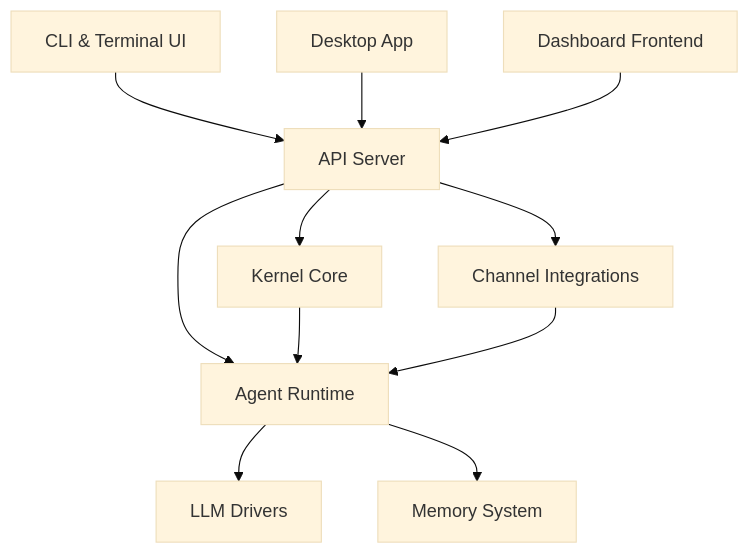
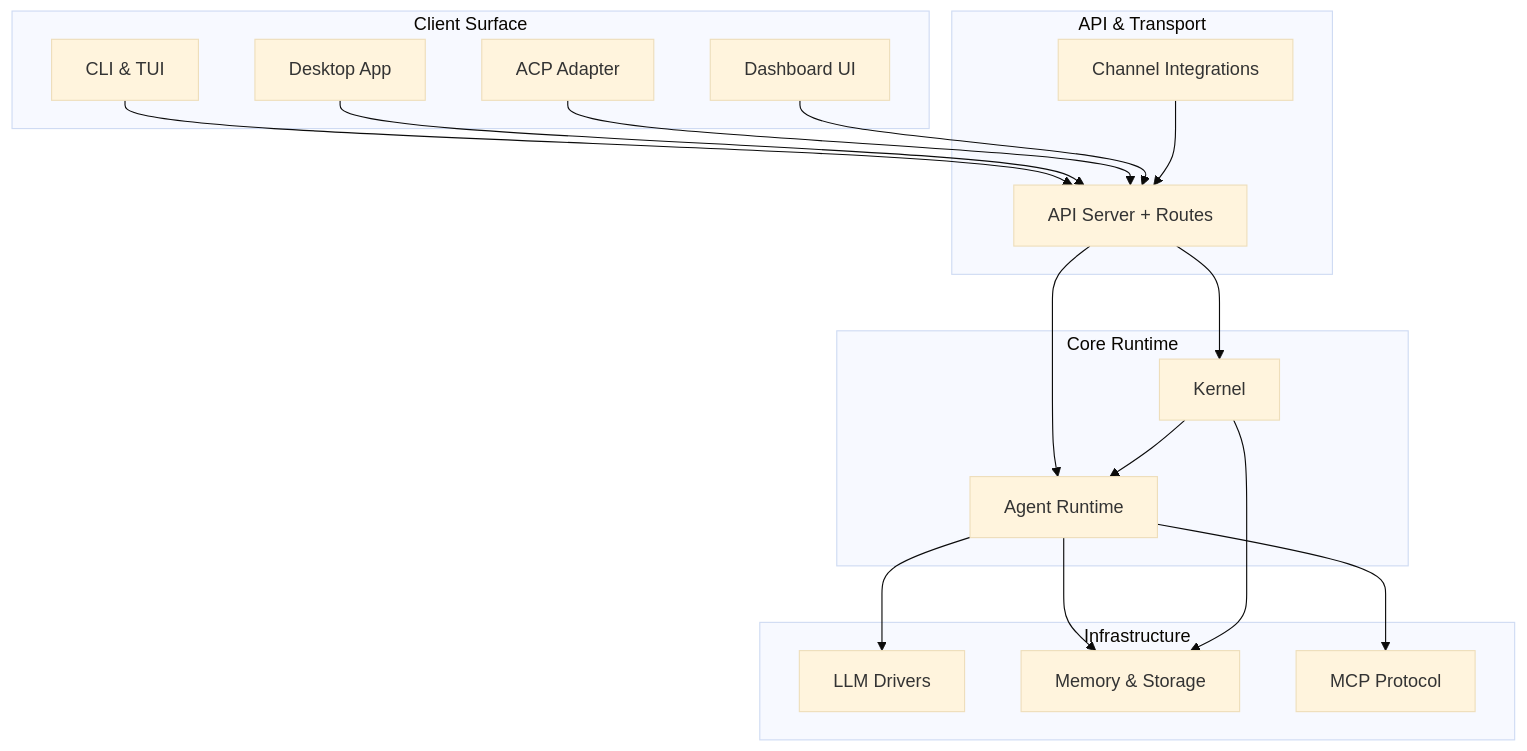
Before and after one commit to leszek3737/librefang-WIki: the diagram in overview.md, drawn with Mermaid (base theme). The commit also changed other lines of this file and 125 other files, not shown here.

````diff
--- a/overview.md
+++ b/overview.md
@@ -13,26 +9,38 @@
 ```mermaid
 graph TD
-    CLI["CLI & Terminal UI"]
-    DESK["Desktop App"]
-    DASH["Dashboard Frontend"]
+    subgraph "Client Surface"
+        CLI["CLI & TUI"]
+        DESK["Desktop App"]
+        ACP["ACP Adapter"]
+        DASH["Dashboard UI"]
+    end
 
-    API["API Server"]
+    subgraph "API & Transport"
+        API["API Server + Routes"]
+        CHAN["Channel Integrations"]
+    end
 
-    KERN["Kernel Core"]
-    RT["Agent Runtime"]
+    subgraph "Core Runtime"
+        RT["Agent Runtime"]
+        KERN["Kernel"]
+    end
 
-    LLM["LLM Drivers"]
-    MEM["Memory System"]
-    CH["Channel Integrations"]
+    subgraph "Infrastructure"
+        LLM["LLM Drivers"]
+        MEM["Memory & Storage"]
+        MCP["MCP Protocol"]
+    end
 
     CLI --> API
     DESK --> API
+    ACP --> API
     DASH --> API
+    CHAN --> API
+    API --> RT
     API --> KERN
-    API --> RT
-    API --> CH
-    KERN --> RT
     RT --> LLM
     RT --> MEM
-    CH --> RT
+    RT --> MCP
+    KERN --> MEM
+    KERN --> RT
 ```
````
